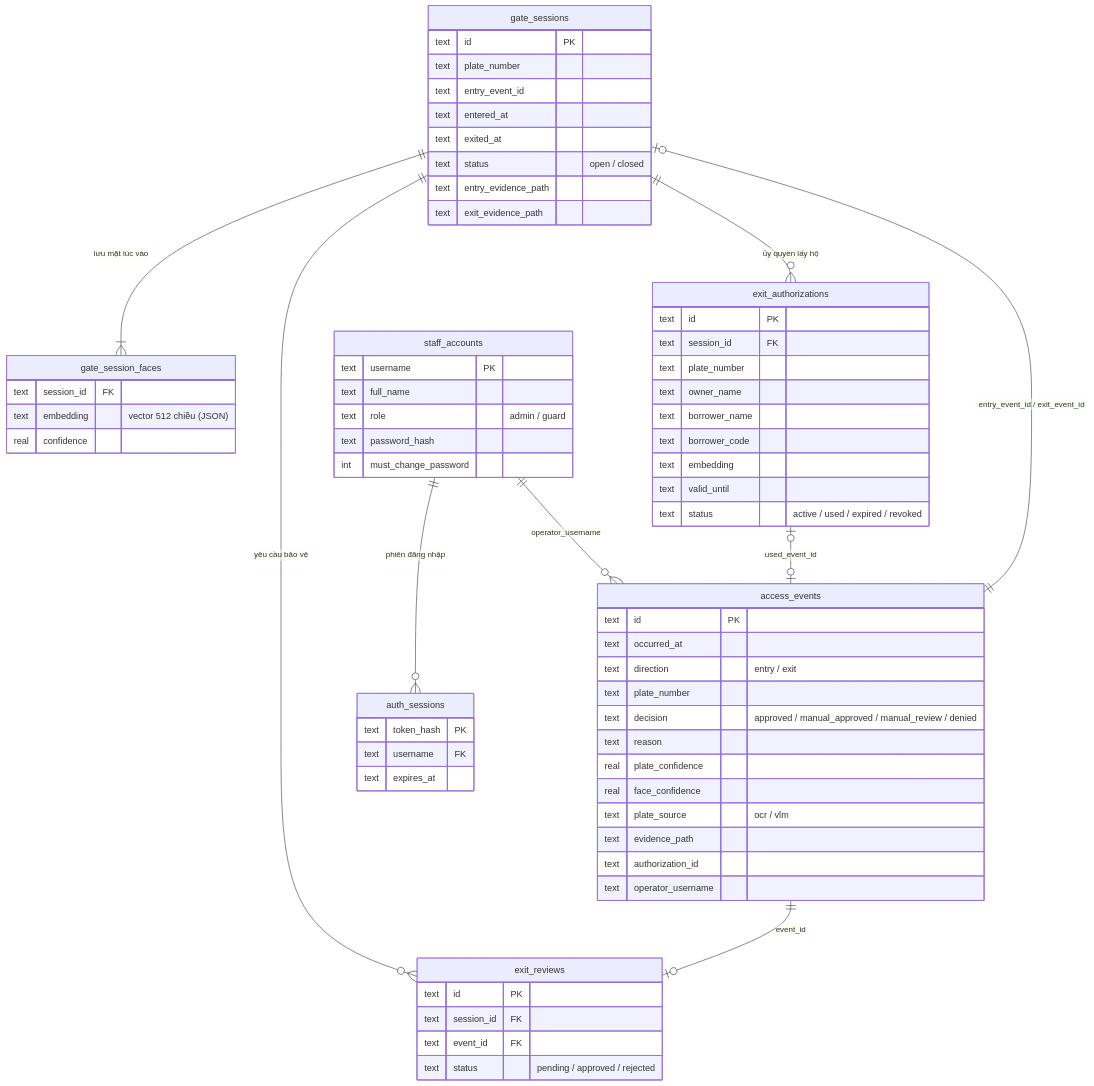
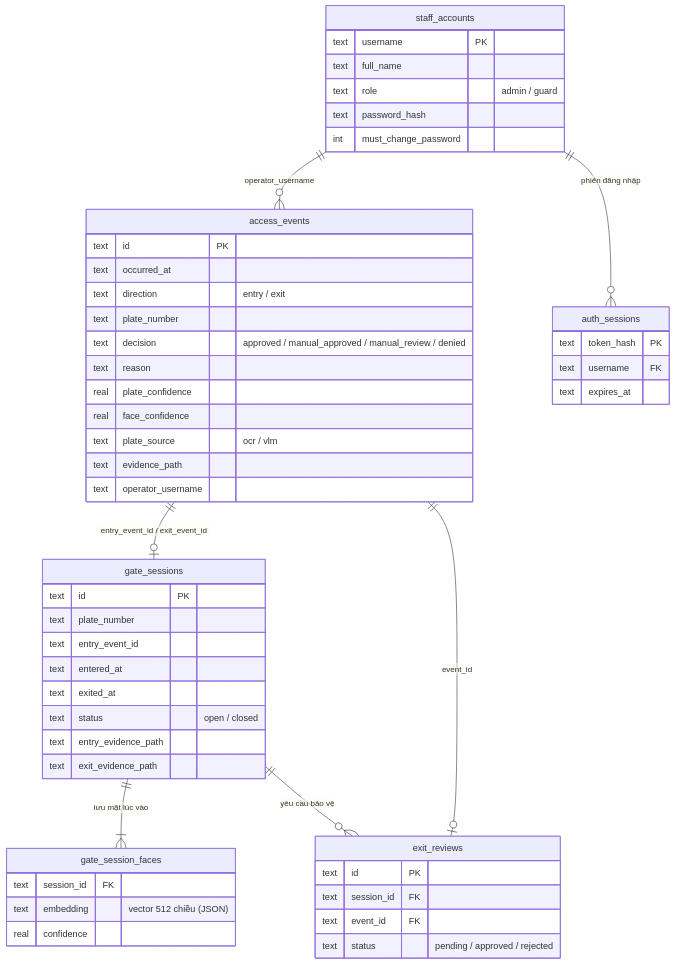
One commit to PhuocNguyen2206/-n changed the third of 4 diagrams in docs/NHAP_CAP_NHAT_BAO_CAO.md. Above: the diagram before and after it, drawn with Mermaid. The commit also changed other lines of this file and 12 other files, not shown here.

````diff
--- a/docs/NHAP_CAP_NHAT_BAO_CAO.md
+++ b/docs/NHAP_CAP_NHAT_BAO_CAO.md
@@ -107,55 +96,43 @@
 ```mermaid
 erDiagram
   gate_sessions ||--|{ gate_session_faces : "lưu mặt lúc vào"
   gate_sessions ||--o{ exit_reviews : "yêu cầu bảo vệ"
-  gate_sessions ||--o{ exit_authorizations : "ủy quyền lấy hộ"
   access_events ||--o| gate_sessions : "entry_event_id / exit_event_id"
   access_events ||--o| exit_reviews : "event_id"
-  exit_authorizations |o--o| access_events : "used_event_id"
   staff_accounts ||--o{ auth_sessions : "phiên đăng nhập"
   staff_accounts ||--o{ access_events : "operator_username"
   gate_sessions { text id PK
     text plate_number
     text entry_event_id
     text entered_at
     text exited_at
     text status "open / closed"
     text entry_evidence_path
     text exit_evidence_path }
   gate_session_faces { text session_id FK
     text embedding "vector 512 chiều (JSON)"
     real confidence }
   access_events { text id PK
     text occurred_at
     text direction "entry / exit"
     text plate_number
     text decision "approved / manual_approved / manual_review / denied"
     text reason
     real plate_confidence
     real face_confidence
     text plate_source "ocr / vlm"
     text evidence_path
-    text authorization_id
     text operator_username }
   exit_reviews { text id PK
     text session_id FK
     text event_id FK
     text status "pending / approved / rejected" }
-  exit_authorizations { text id PK
-    text session_id FK
-    text plate_number
-    text owner_name
-    text borrower_name
-    text borrower_code
-    text embedding
-    text valid_until
-    text status "active / used / expired / revoked" }
   staff_accounts { text username PK
     text full_name
     text role "admin / guard"
     text password_hash
     int must_change_password }
   auth_sessions { text token_hash PK
     text username FK
     text expires_at }
 ```
````
